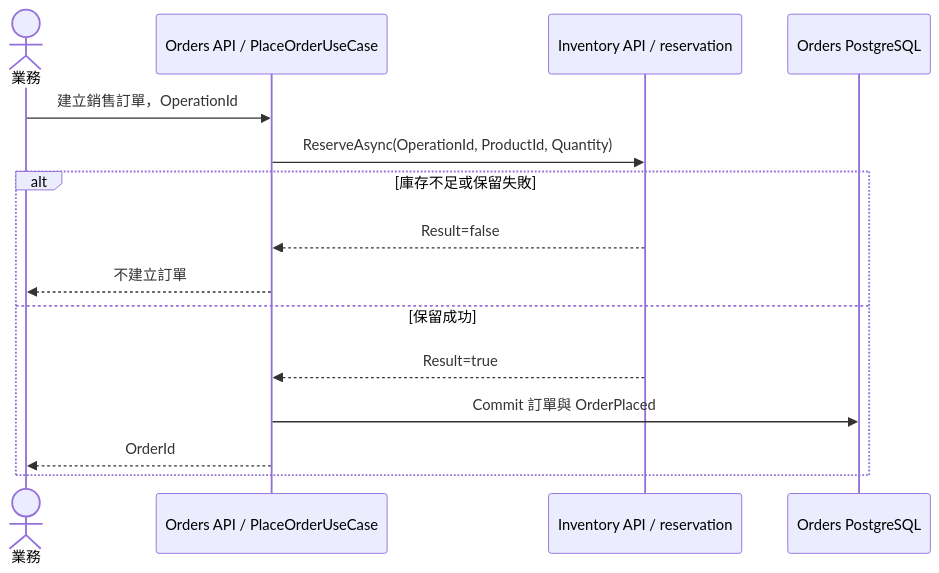
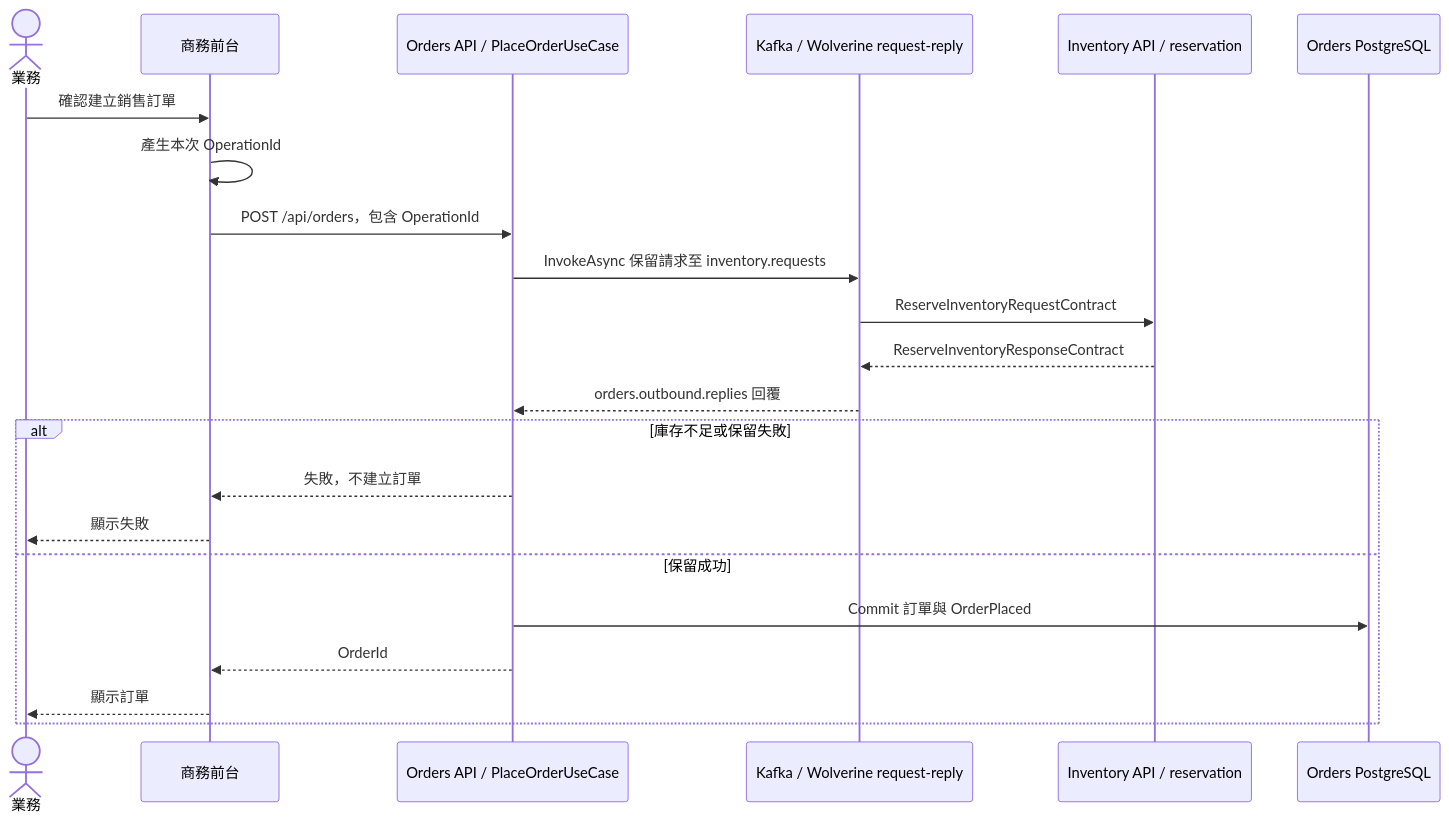
The seventh of 7 diagrams in .dev/guides/external-api-testing/sequences.md (YuChia-Wei/dotnet-distributed-architecture-lab), drawn with Mermaid before and after one commit. The commit also changed other lines of this file and 2 other files, not shown here.

First line of the commit message:
docs(#20): correct lab sequence and deployment paths

````diff
--- a/.dev/guides/external-api-testing/sequences.md
+++ b/.dev/guides/external-api-testing/sequences.md
@@ -152,17 +158,24 @@
 ```mermaid
 sequenceDiagram
   actor User as 業務
+  participant F as 商務前台
   participant O as Orders API / PlaceOrderUseCase
+  participant K as Kafka / Wolverine request-reply
   participant I as Inventory API / reservation
   participant ODB as Orders PostgreSQL
-  User->>O: 建立銷售訂單，OperationId
-  O->>I: ReserveAsync(OperationId, ProductId, Quantity)
+  User->>F: 確認建立銷售訂單
+  F->>F: 產生本次 OperationId
+  F->>O: POST /api/orders，包含 OperationId
+  O->>K: InvokeAsync 保留請求至 inventory.requests
+  K->>I: ReserveInventoryRequestContract
+  I-->>K: ReserveInventoryResponseContract
+  K-->>O: orders.outbound.replies 回覆
   alt 庫存不足或保留失敗
-    I-->>O: Result=false
-    O-->>User: 不建立訂單
+    O-->>F: 失敗，不建立訂單
+    F-->>User: 顯示失敗
   else 保留成功
-    I-->>O: Result=true
     O->>ODB: Commit 訂單與 OrderPlaced
-    O-->>User: OrderId
+    O-->>F: OrderId
+    F-->>User: 顯示訂單
   end
 ```
````
